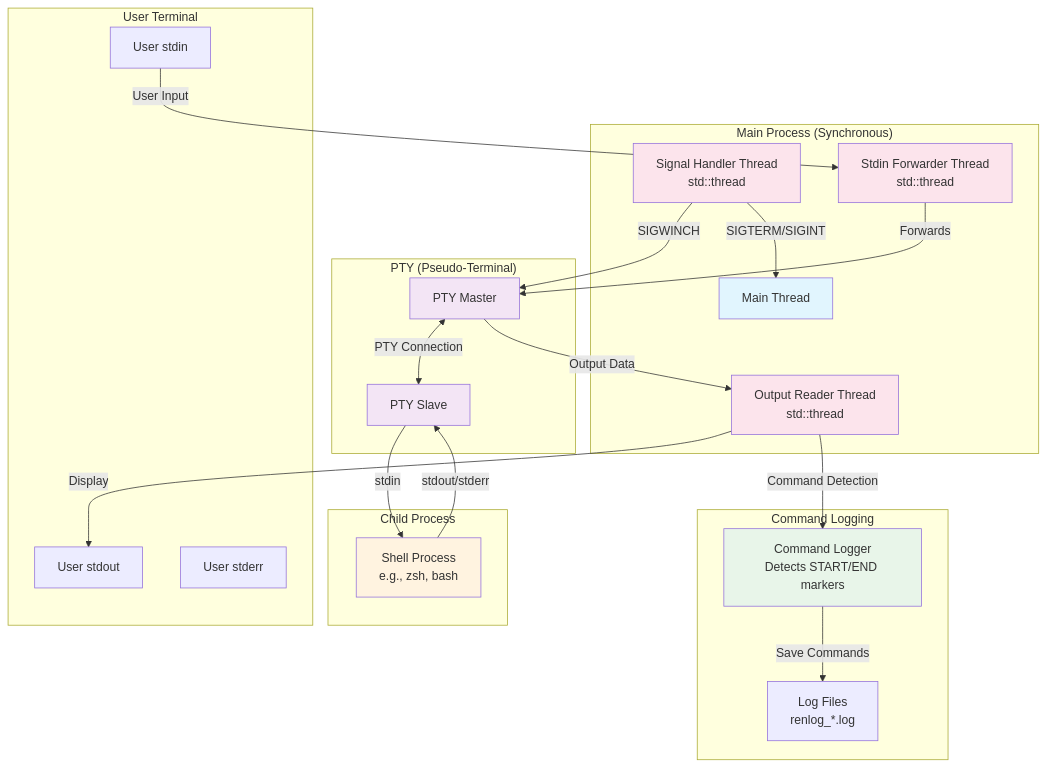
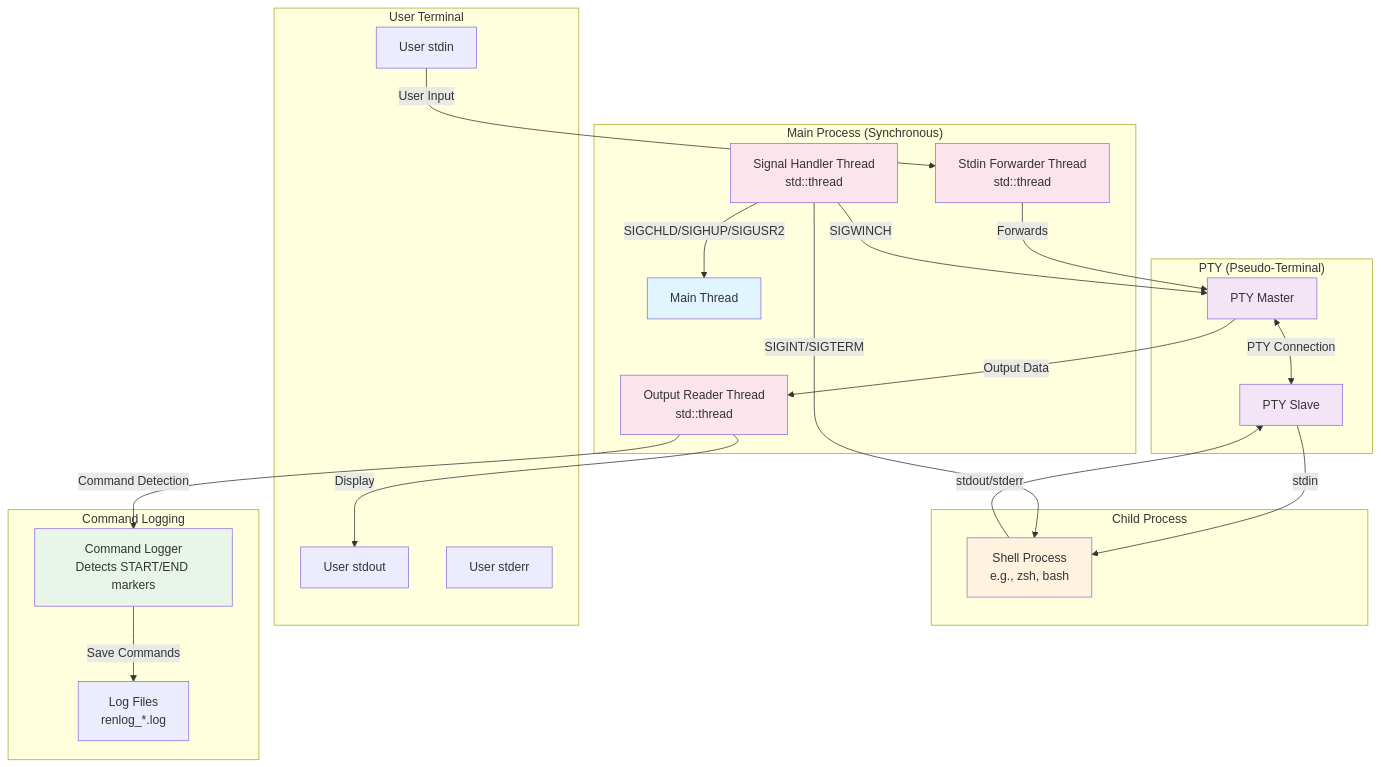
One commit to akawashiro/renlog changed the diagram in README.md. Above: the diagram before and after it, drawn with Mermaid. The commit also changed other lines of this file, not shown here.

First line of the commit message:
Update README architecture diagram to reflect signal forwarding implementation

````diff
--- a/README.md
+++ b/README.md
@@ -7,57 +7,58 @@
 ```mermaid
 graph TB
     subgraph "Main Process (Synchronous)"
         MP[Main Thread]
         SH[Signal Handler Thread<br/>std::thread]
         ST[Stdin Forwarder Thread<br/>std::thread]
         OT[Output Reader Thread<br/>std::thread]
     end
     
     subgraph "PTY (Pseudo-Terminal)"
         PM[PTY Master]
         PS[PTY Slave]
     end
     
     subgraph "Child Process"
         SHELL[Shell Process<br/>e.g., zsh, bash]
     end
     
     subgraph "User Terminal"
         STDIN[User stdin]
         STDOUT[User stdout]
         STDERR[User stderr]
     end
     
     subgraph "Command Logging"
         CL[Command Logger<br/>Detects START/END markers]
         LF[Log Files<br/>renlog_*.log]
     end
     
     %% User input flow
     STDIN -->|User Input| ST
     ST -->|Forwards| PM
     PM <-->|PTY Connection| PS
     
     %% Shell I/O
     PS -->|stdin| SHELL
     SHELL -->|stdout/stderr| PS
     
     %% Output flow
     PM -->|Output Data| OT
     OT -->|Display| STDOUT
     OT -->|Command Detection| CL
     CL -->|Save Commands| LF
     
     %% Signal handling
     SH -->|SIGWINCH| PM
-    SH -->|SIGTERM/SIGINT| MP
+    SH -->|SIGINT/SIGTERM| SHELL
+    SH -->|SIGCHLD/SIGHUP/SIGUSR2| MP
     
     style MP fill:#e1f5fe
     style SHELL fill:#fff3e0
     style PM fill:#f3e5f5
     style PS fill:#f3e5f5
     style CL fill:#e8f5e9
     style SH fill:#fce4ec
     style ST fill:#fce4ec
     style OT fill:#fce4ec
 ```
````
